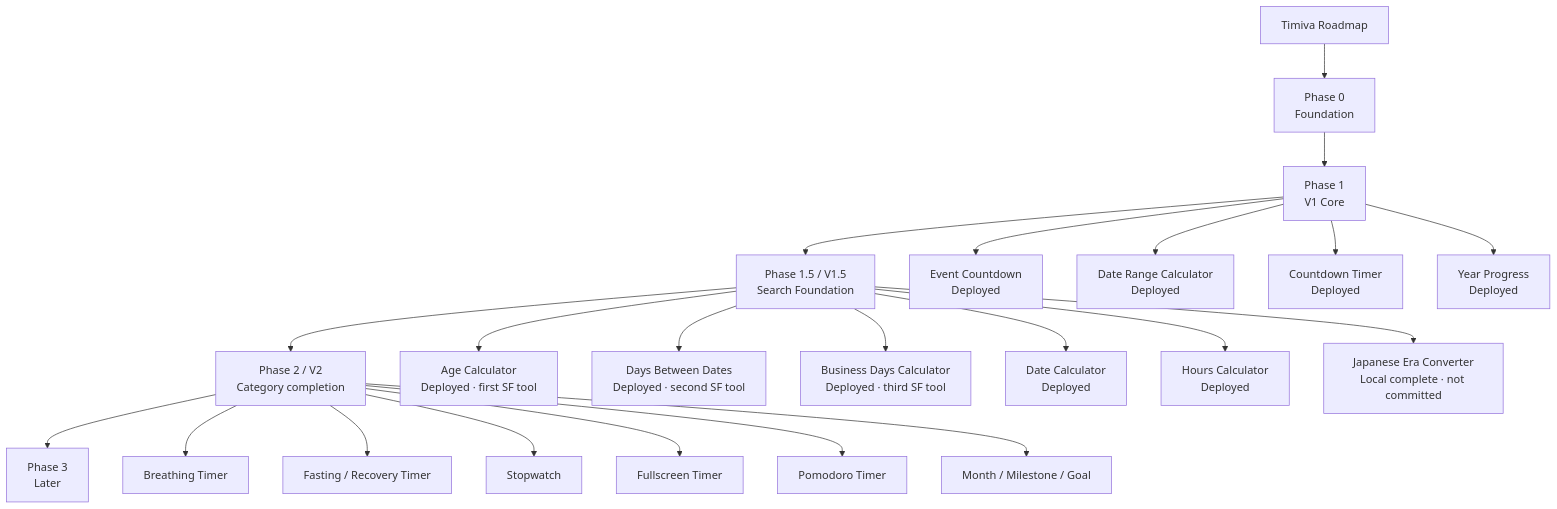
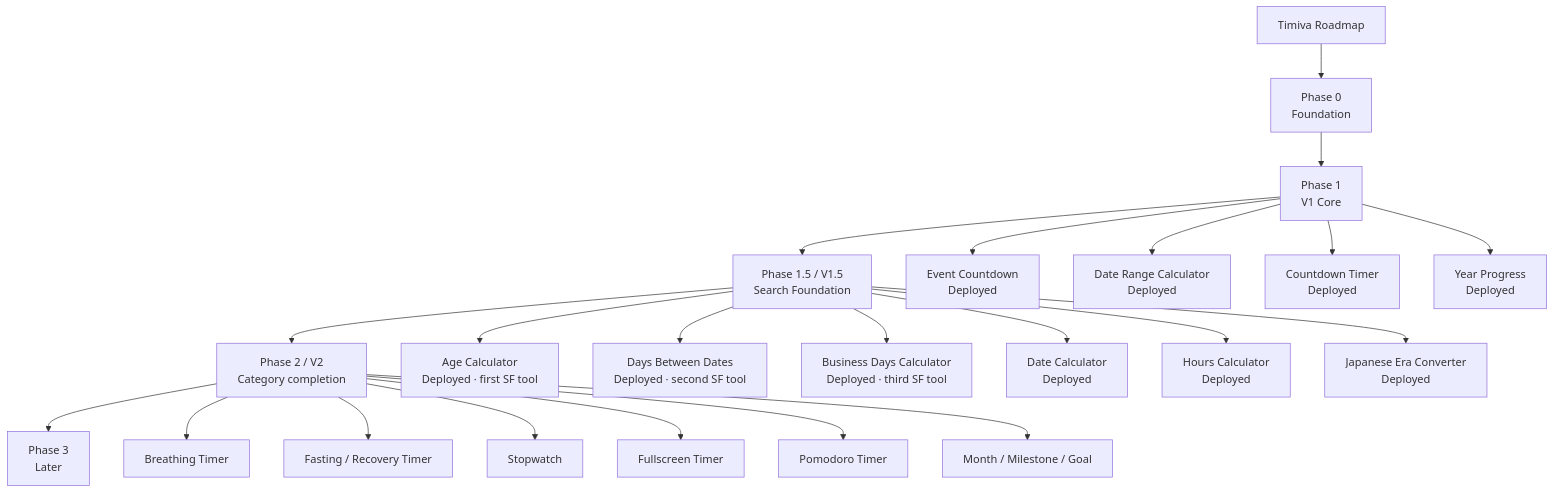
Before and after one commit to jd-jane/Timiva: the diagram in docs/core/roadmap.md, drawn with Mermaid. The commit also changed other lines of this file and 4 other files, not shown here.

Commit message:
docs: record Japanese Era Converter launch

````diff
--- a/docs/core/roadmap.md
+++ b/docs/core/roadmap.md
@@ -35,27 +35,27 @@
 ```mermaid
 flowchart TD
     A[Timiva Roadmap] --> B[Phase 0<br/>Foundation]
     B --> C[Phase 1<br/>V1 Core]
     C --> D[Phase 1.5 / V1.5<br/>Search Foundation]
     D --> E[Phase 2 / V2<br/>Category completion]
     E --> F[Phase 3<br/>Later]
 
     C --> C1[Event Countdown<br/>Deployed]
     C --> C2[Date Range Calculator<br/>Deployed]
     C --> C3[Countdown Timer<br/>Deployed]
     C --> C4[Year Progress<br/>Deployed]
 
     D --> D1[Age Calculator<br/>Deployed · first SF tool]
     D --> D2[Days Between Dates<br/>Deployed · second SF tool]
     D --> D3[Business Days Calculator<br/>Deployed · third SF tool]
     D --> D4[Date Calculator<br/>Deployed]
     D --> D5[Hours Calculator<br/>Deployed]
-    D --> D6[Japanese Era Converter<br/>Local complete · not committed]
+    D --> D6[Japanese Era Converter<br/>Deployed]
 
     E --> E1[Breathing Timer]
     E --> E2[Fasting / Recovery Timer]
     E --> E3[Stopwatch]
     E --> E4[Fullscreen Timer]
     E --> E5[Pomodoro Timer]
     E --> E6[Month / Milestone / Goal]
 ```
````
